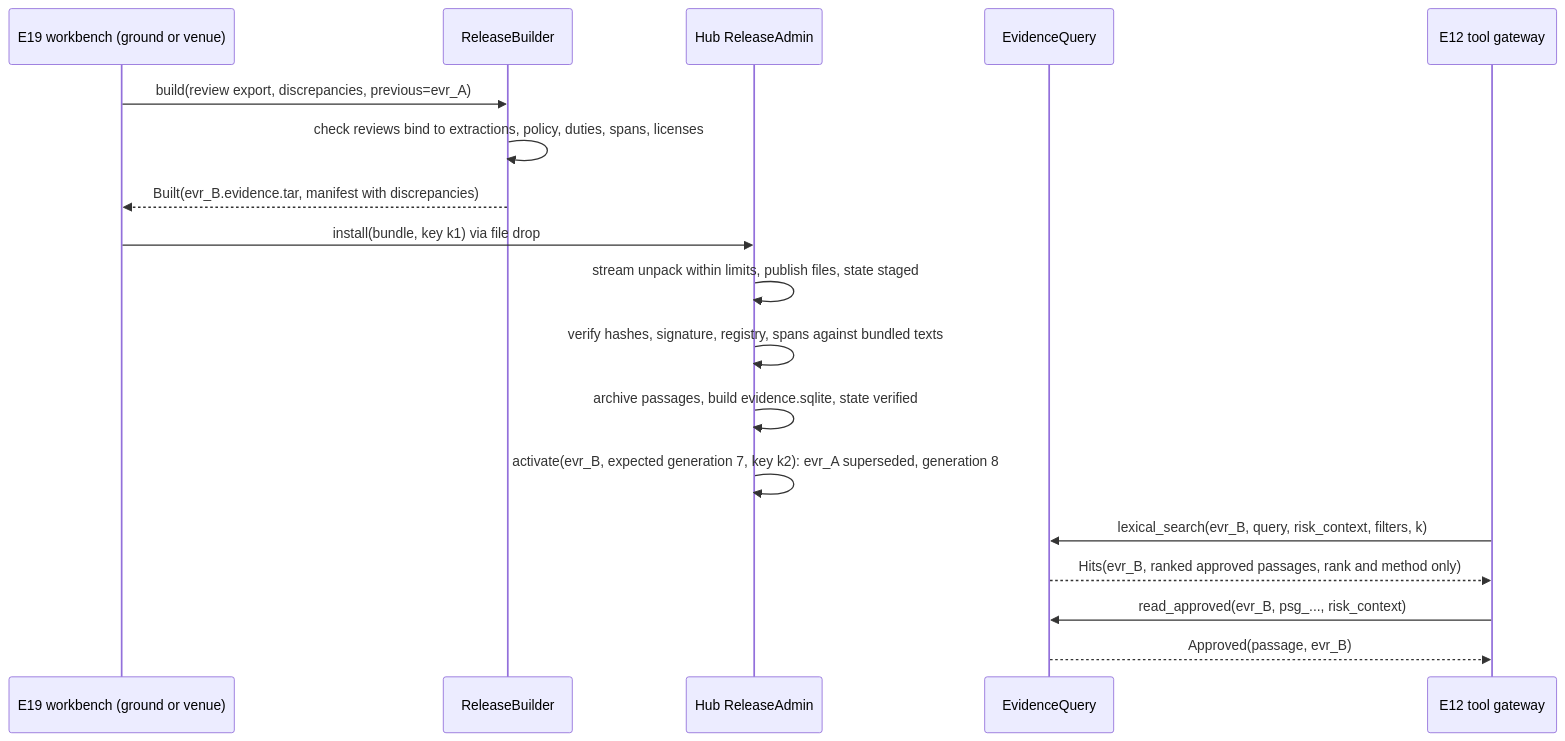
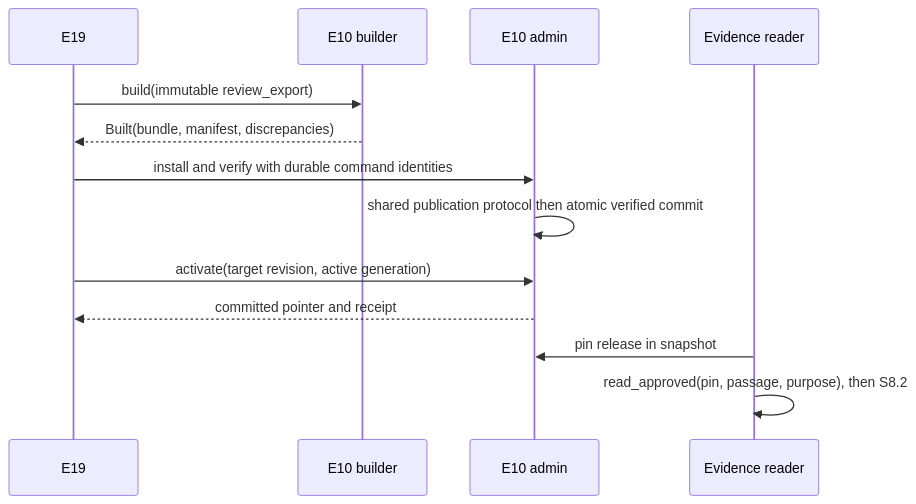
Before and after one commit to joaquingit1/vitales-health: the first of 2 diagrams in docs/tdd/E10.md, drawn with Mermaid. The commit also changed other lines of this file and 28 other files, not shown here.

````diff
--- a/docs/tdd/E10.md
+++ b/docs/tdd/E10.md
@@ -730,20 +440,15 @@
 ```mermaid
 sequenceDiagram
-    participant WB as E19 workbench (ground or venue)
-    participant B as ReleaseBuilder
-    participant H as Hub ReleaseAdmin
-    participant Q as EvidenceQuery
-    participant T as E12 tool gateway
-    WB->>B: build(review export, discrepancies, previous=evr_A)
-    B->>B: check reviews bind to extractions, policy, duties, spans, licenses
-    B-->>WB: Built(evr_B.evidence.tar, manifest with discrepancies)
-    WB->>H: install(bundle, key k1) via file drop
-    H->>H: stream unpack within limits, publish files, state staged
-    H->>H: verify hashes, signature, registry, spans against bundled texts
-    H->>H: archive passages, build evidence.sqlite, state verified
-    H->>H: activate(evr_B, expected generation 7, key k2): evr_A superseded, generation 8
-    T->>Q: lexical_search(evr_B, query, risk_context, filters, k)
-    Q-->>T: Hits(evr_B, ranked approved passages, rank and method only)
-    T->>Q: read_approved(evr_B, psg_..., risk_context)
-    Q-->>T: Approved(passage, evr_B)
+    participant W as E19
+    participant B as E10 builder
+    participant A as E10 admin
+    participant Q as Evidence reader
+    W->>B: build(immutable review_export)
+    B-->>W: Built(bundle, manifest, discrepancies)
+    W->>A: install and verify with durable command identities
+    A->>A: shared publication protocol then atomic verified commit
+    W->>A: activate(target revision, active generation)
+    A-->>W: committed pointer and receipt
+    Q->>A: pin release in snapshot
+    Q->>Q: read_approved(pin, passage, purpose), then S8.2
 ```
````
